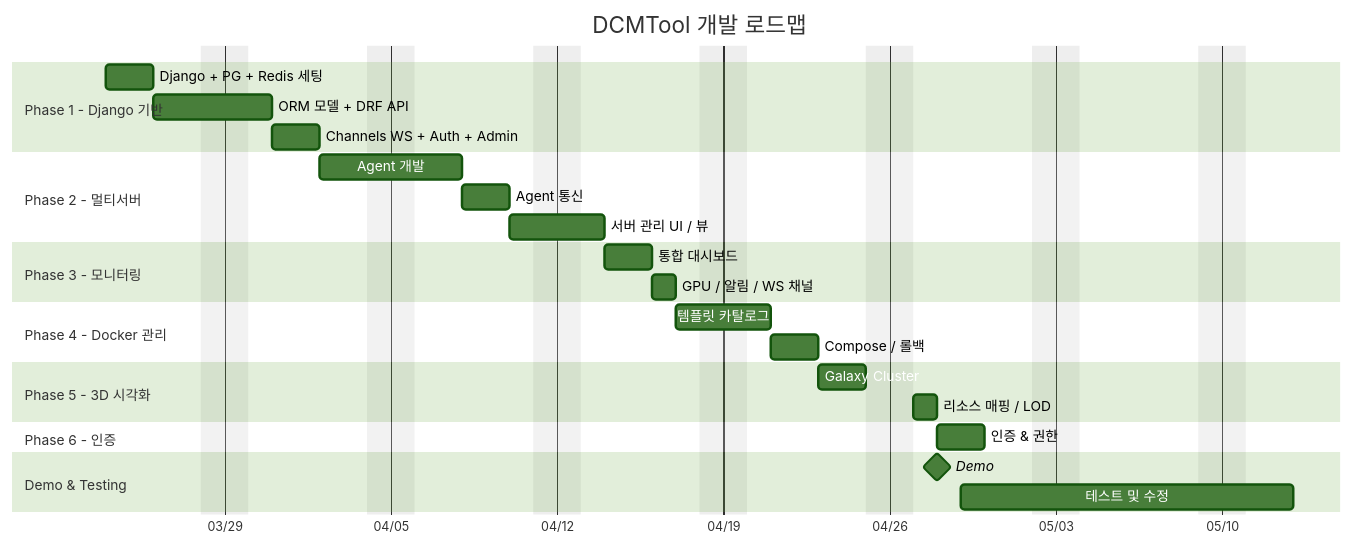
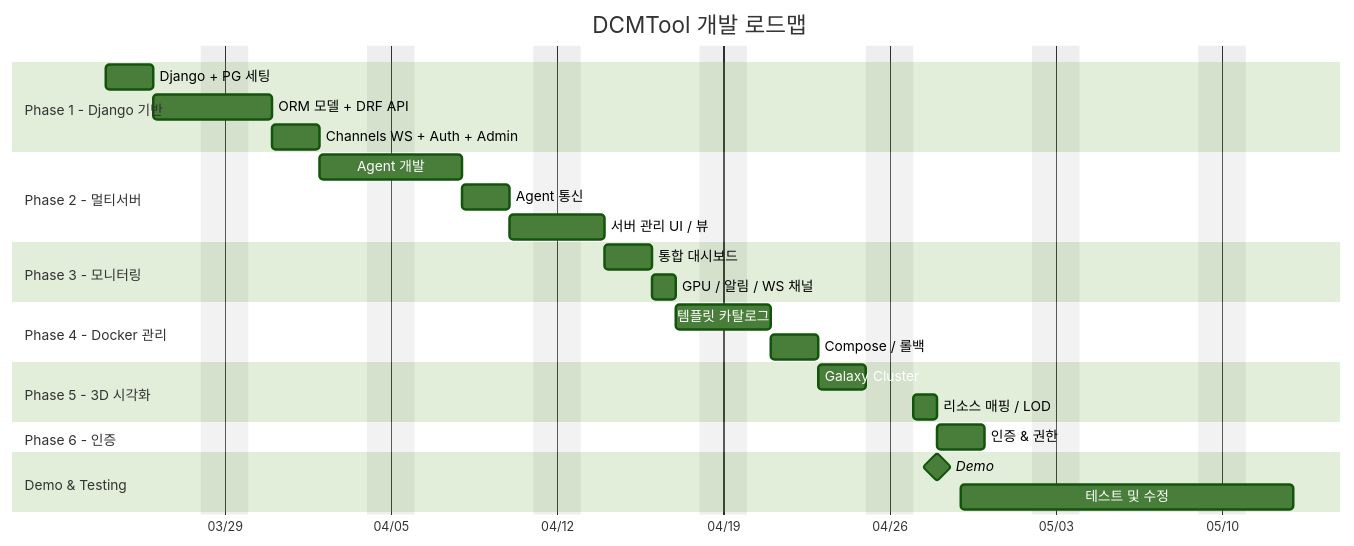
One commit to qkr7287/HyperCube changed diagram 11 of 11 in docs/to-be-architecture.md. Above: the diagram before and after it, drawn with Mermaid (forest theme). The commit also changed other lines of this file, not shown here.

First line of the commit message:
docs: remove Redis, simplify to 4-container architecture

````diff
--- a/docs/to-be-architecture.md
+++ b/docs/to-be-architecture.md
@@ -664,36 +648,36 @@
 ```mermaid
 gantt
     title DCMTool 개발 로드맵
     dateFormat YYYY-MM-DD
     axisFormat %m/%d
     excludes weekends
 
     section Phase 1 - Django 기반
-    Django + PG + Redis 세팅    :p1a, 2026-03-24, 2d
+    Django + PG 세팅            :p1a, 2026-03-24, 2d
     ORM 모델 + DRF API          :p1b, after p1a, 3d
     Channels WS + Auth + Admin  :p1c, after p1b, 2d
 
     section Phase 2 - 멀티서버
     Agent 개발           :p2a, after p1c, 4d
     Agent 통신           :p2b, after p2a, 2d
     서버 관리 UI / 뷰     :p2c, after p2b, 2d
 
     section Phase 3 - 모니터링
     통합 대시보드          :p3a, after p2c, 2d
     GPU / 알림 / WS 채널  :p3b, after p3a, 1d
 
     section Phase 4 - Docker 관리
     템플릿 카탈로그        :p4a, after p3b, 2d
     Compose / 롤백        :p4b, after p4a, 2d
 
     section Phase 5 - 3D 시각화
     Galaxy Cluster        :p5a, after p4b, 2d
     리소스 매핑 / LOD     :p5b, after p5a, 1d
 
     section Phase 6 - 인증
     인증 & 권한           :p6a, after p5b, 2d
 
     section Demo & Testing
     Demo                 :milestone, demo, 2026-04-28, 0d
     테스트 및 수정         :test, 2026-04-29, 10d
 ```
````
